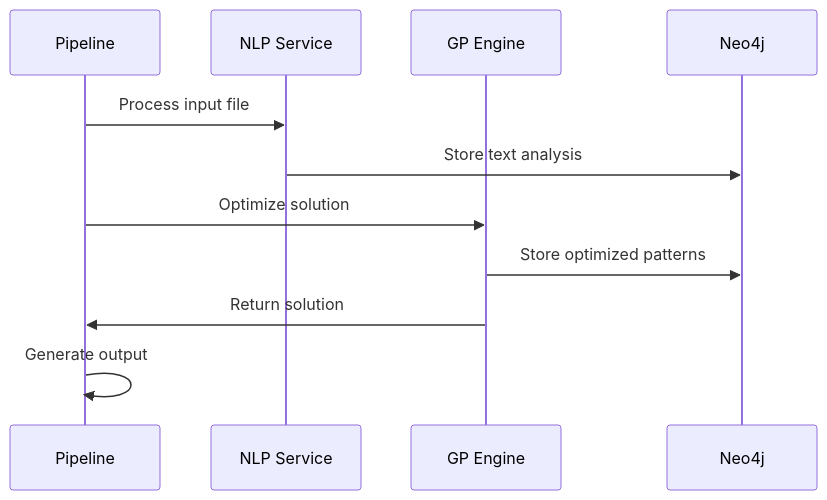
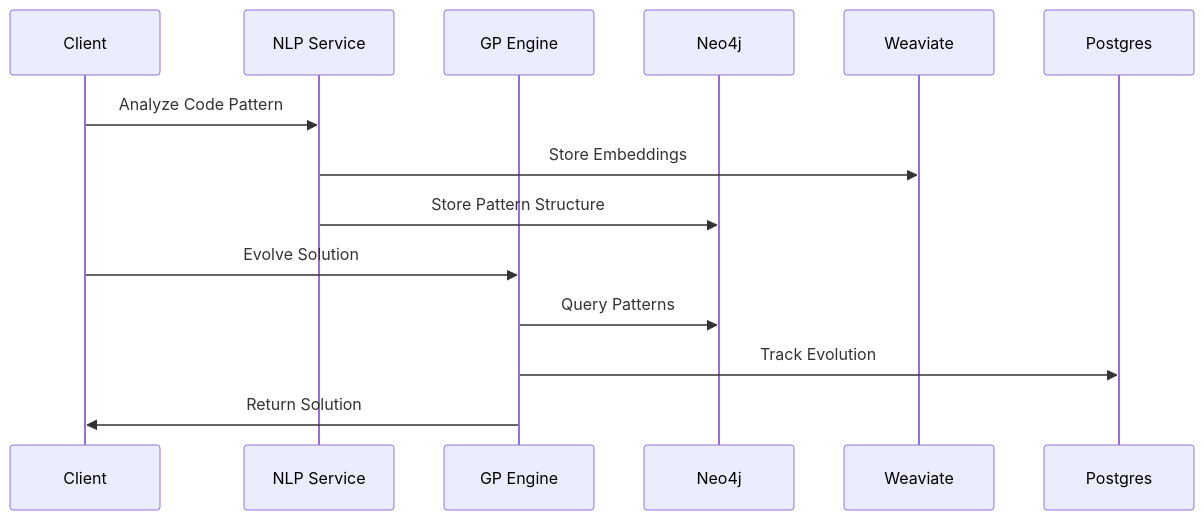
One commit to nshkrdotcom/EADS changed the second of 5 diagrams in README.md. Above: the diagram before and after it, drawn with Mermaid. The commit also changed other lines of this file and 1 other file, not shown here.

````diff
--- a/README.md
+++ b/README.md
@@ -1039,15 +369,18 @@
 ```mermaid
 sequenceDiagram
-    participant P as Pipeline
+    participant Client
     participant NLP as NLP Service
     participant GP as GP Engine
-    participant Neo as Neo4j
+    participant Neo4j
+    participant Weaviate
+    participant Postgres
 
-    P->>NLP: Process input file
-    NLP->>Neo: Store text analysis
-    P->>GP: Optimize solution
-    GP->>Neo: Store optimized patterns
-    GP->>P: Return solution
-    P->>P: Generate output
+    Client->>NLP: Analyze Code Pattern
+    NLP->>Weaviate: Store Embeddings
+    NLP->>Neo4j: Store Pattern Structure
 
+    Client->>GP: Evolve Solution
+    GP->>Neo4j: Query Patterns
+    GP->>Postgres: Track Evolution
+    GP->>Client: Return Solution
 ```
````
